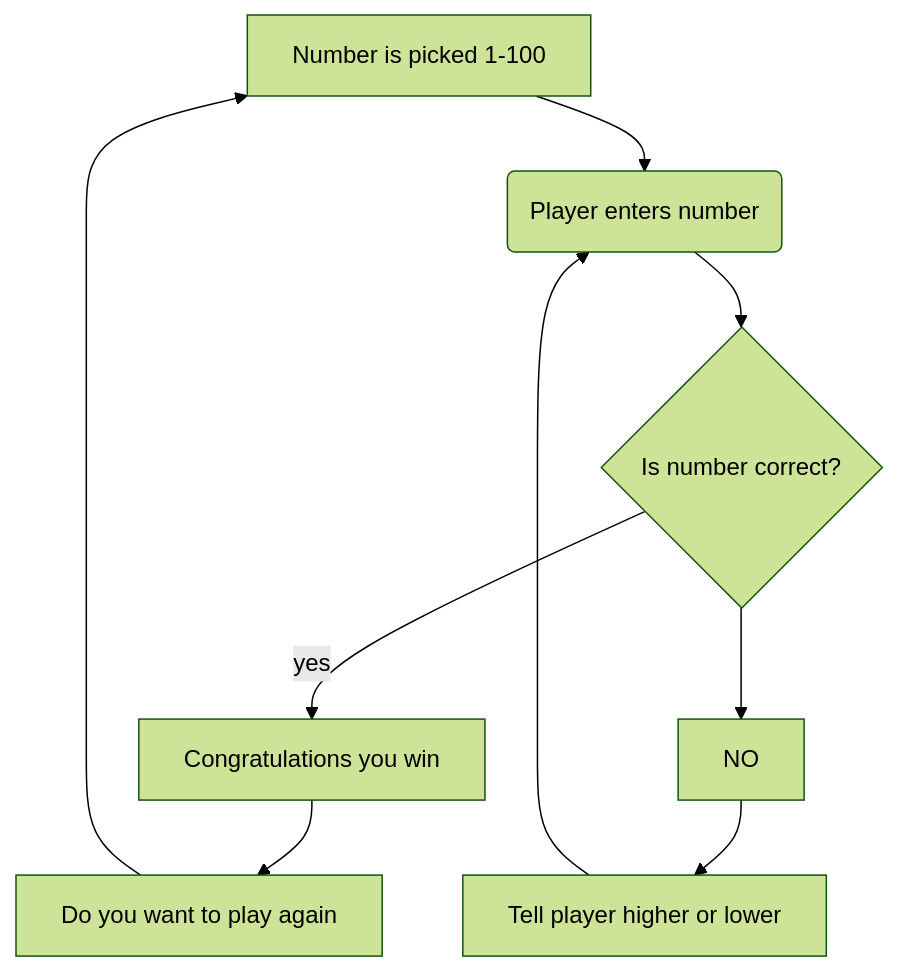
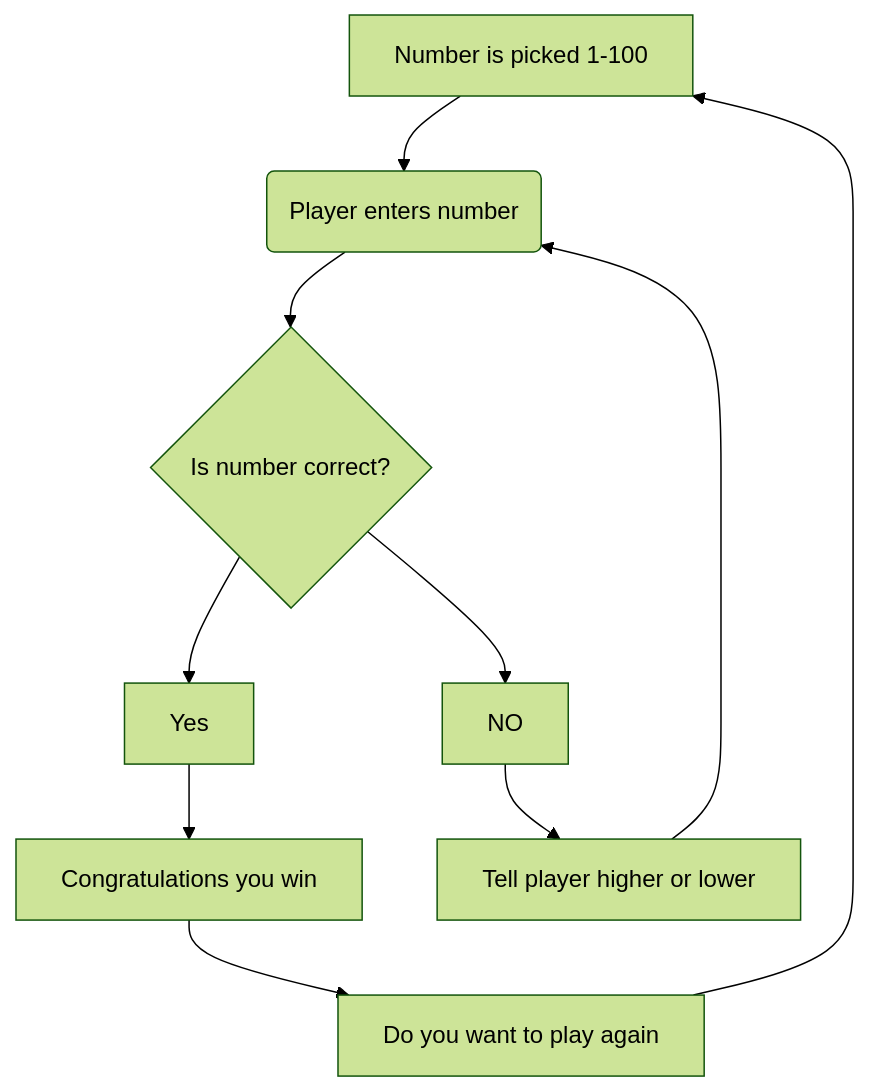
Before and after one commit to Bleakalmond/bleakalmond.github.io: the diagram in Guessing.md, drawn with Mermaid (forest theme).

````diff
--- a/Guessing.md
+++ b/Guessing.md
@@ -1,10 +1,10 @@
 ``` Mermaid
 flowchart TD
     A[Number is picked 1-100] -->B(Player enters number)
     B --> C{Is number correct?}
-    C -->|yes|D[Congratulations you win]
+    C -->Yes-->D[Congratulations you win]
     D -->E[Do you want to play again]
     E -->A
     C--> NO -->F[Tell player higher or lower]
     F--> B
 ```
````
